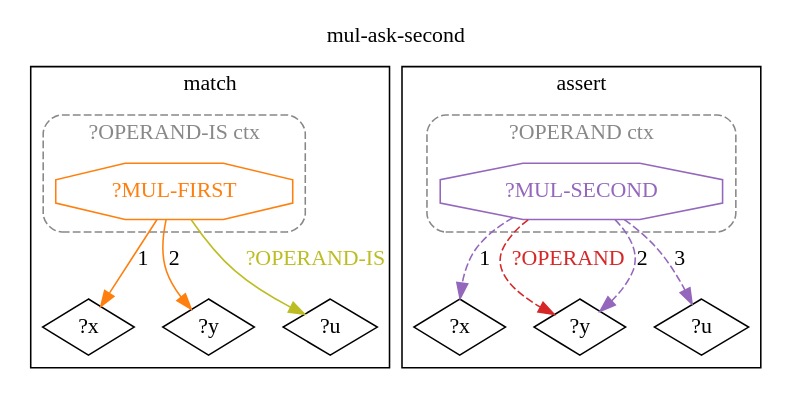
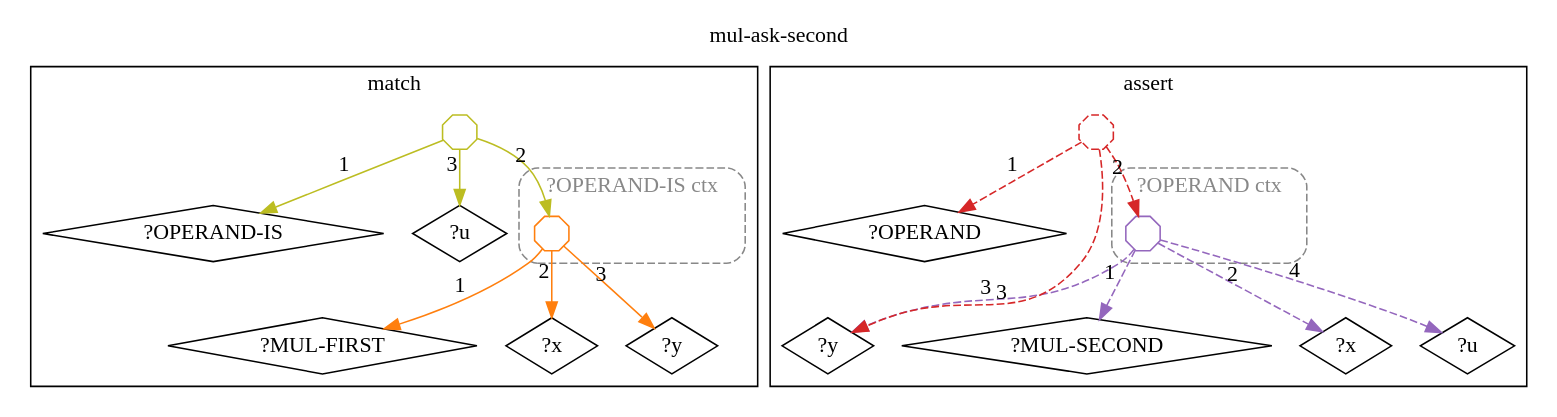
Before and after one commit to agutikov/ein: the diagram in docs/ein/user/04-reference/04-stdlib/diagrams/10-std.math.positional.mul-ask-second.dot, drawn with Graphviz. The commit also changed 1083 other files, not shown here.

```diff
--- a/docs/ein/user/04-reference/04-stdlib/diagrams/10-std.math.positional.mul-ask-second.dot
+++ b/docs/ein/user/04-reference/04-stdlib/diagrams/10-std.math.positional.mul-ask-second.dot
@@ -1,29 +1,41 @@
 digraph rule_mul_ask_second_lhs_rhs {
   rankdir=TB;
   label="mul-ask-second"; labelloc=t;
   subgraph cluster_lhs { label="match";
+    "?OPERAND-IS_L" [label="?OPERAND-IS", shape=diamond];
+    "?MUL-FIRST_L" [label="?MUL-FIRST", shape=diamond];
     "?x_L" [label="?x", shape=diamond];
     "?y_L" [label="?y", shape=diamond];
     "?u_L" [label="?u", shape=diamond];
     subgraph cluster_ctx_L_0 {
       label="?OPERAND-IS ctx"; style="dashed,rounded"; color="#888888"; fontcolor="#888888";
-      "(?MUL-FIRST ?x ?y)_L" [shape=octagon, label="?MUL-FIRST", color="#ff7f0e", fontcolor="#ff7f0e"];
+      "(?MUL-FIRST ?x ?y)_L" [shape=octagon, label="", width=0.3, height=0.3, fixedsize=true, color="#ff7f0e"];
     }
-    "(?MUL-FIRST ?x ?y)_L" -> "?u_L" [label="?OPERAND-IS", color="#bcbd22", fontcolor="#bcbd22"];
-    "(?MUL-FIRST ?x ?y)_L" -> "?x_L" [label="1", color="#ff7f0e"];
-    "(?MUL-FIRST ?x ?y)_L" -> "?y_L" [label="2", color="#ff7f0e"];
+    "h1_OPERAND-IS_L" [shape=octagon, label="", width=0.3, height=0.3, fixedsize=true, color="#bcbd22"];
+    "h1_OPERAND-IS_L" -> "?OPERAND-IS_L" [xlabel="1", color="#bcbd22"];
+    "h1_OPERAND-IS_L" -> "(?MUL-FIRST ?x ?y)_L" [xlabel="2", color="#bcbd22"];
+    "h1_OPERAND-IS_L" -> "?u_L" [xlabel="3", color="#bcbd22"];
+    "(?MUL-FIRST ?x ?y)_L" -> "?MUL-FIRST_L" [xlabel="1", color="#ff7f0e"];
+    "(?MUL-FIRST ?x ?y)_L" -> "?x_L" [xlabel="2", color="#ff7f0e"];
+    "(?MUL-FIRST ?x ?y)_L" -> "?y_L" [xlabel="3", color="#ff7f0e"];
   }
   subgraph cluster_rhs { label="assert";
+    "?OPERAND_R" [label="?OPERAND", shape=diamond];
+    "?MUL-SECOND_R" [label="?MUL-SECOND", shape=diamond];
     "?x_R" [label="?x", shape=diamond];
     "?y_R" [label="?y", shape=diamond];
     "?u_R" [label="?u", shape=diamond];
     subgraph cluster_ctx_R_0 {
       label="?OPERAND ctx"; style="dashed,rounded"; color="#888888"; fontcolor="#888888";
-      "(?MUL-SECOND ?x ?y ?u)_R" [shape=octagon, label="?MUL-SECOND", color="#9467bd", fontcolor="#9467bd"];
+      "(?MUL-SECOND ?x ?y ?u)_R" [shape=octagon, label="", width=0.3, height=0.3, fixedsize=true, color="#9467bd"];
     }
-    "(?MUL-SECOND ?x ?y ?u)_R" -> "?y_R" [label="?OPERAND", color="#d62728", fontcolor="#d62728", style=dashed];
-    "(?MUL-SECOND ?x ?y ?u)_R" -> "?x_R" [label="1", color="#9467bd", style=dashed];
-    "(?MUL-SECOND ?x ?y ?u)_R" -> "?y_R" [label="2", color="#9467bd", style=dashed];
-    "(?MUL-SECOND ?x ?y ?u)_R" -> "?u_R" [label="3", color="#9467bd", style=dashed];
+    "h2_OPERAND_R" [shape=octagon, label="", width=0.3, height=0.3, fixedsize=true, color="#d62728", style=dashed];
+    "h2_OPERAND_R" -> "?OPERAND_R" [xlabel="1", color="#d62728", style=dashed];
+    "h2_OPERAND_R" -> "(?MUL-SECOND ?x ?y ?u)_R" [xlabel="2", color="#d62728", style=dashed];
+    "h2_OPERAND_R" -> "?y_R" [xlabel="3", color="#d62728", style=dashed];
+    "(?MUL-SECOND ?x ?y ?u)_R" -> "?MUL-SECOND_R" [xlabel="1", color="#9467bd", style=dashed];
+    "(?MUL-SECOND ?x ?y ?u)_R" -> "?x_R" [xlabel="2", color="#9467bd", style=dashed];
+    "(?MUL-SECOND ?x ?y ?u)_R" -> "?y_R" [xlabel="3", color="#9467bd", style=dashed];
+    "(?MUL-SECOND ?x ?y ?u)_R" -> "?u_R" [xlabel="4", color="#9467bd", style=dashed];
   }
 }
```
